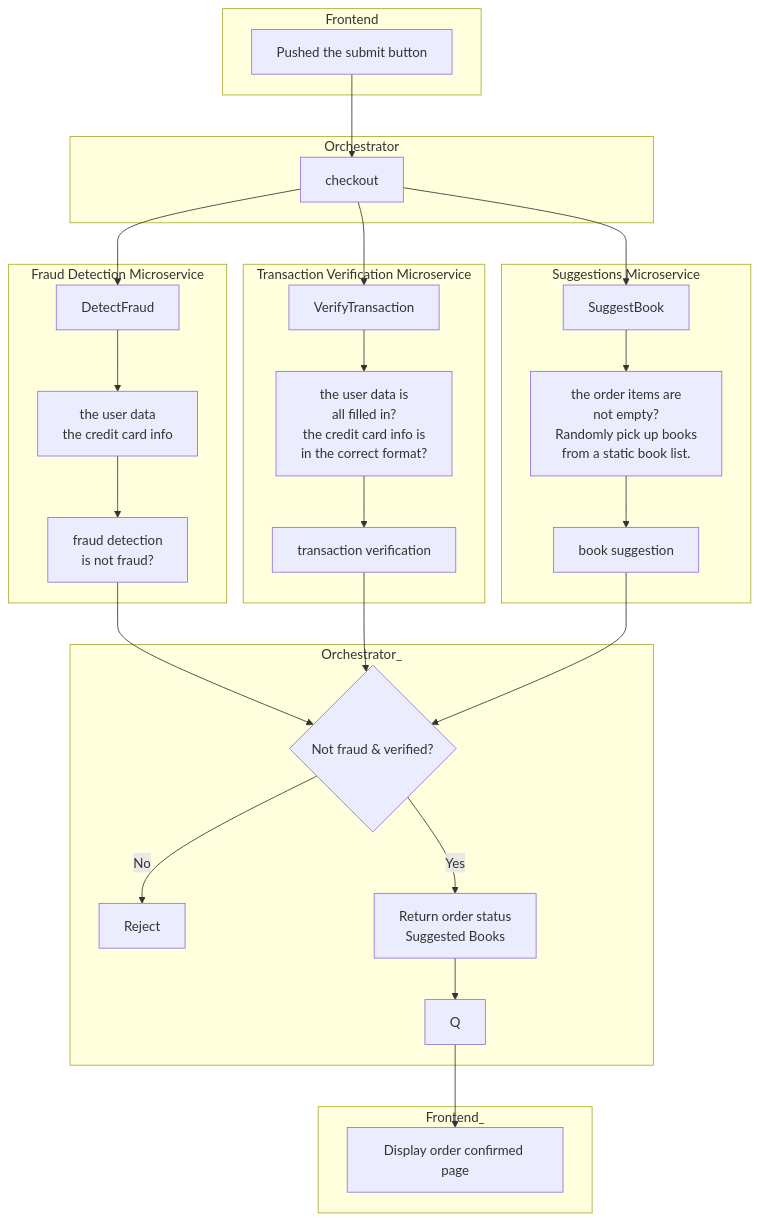
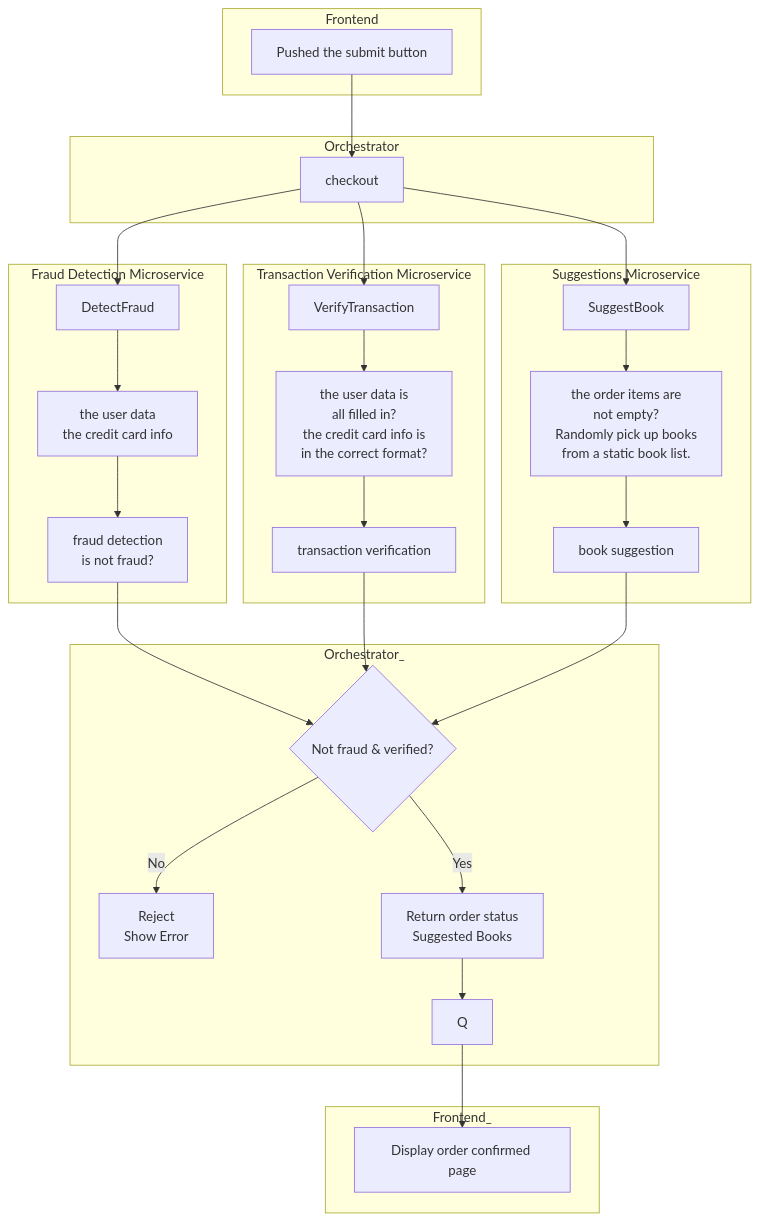
The second of 2 diagrams in README.md (mharisirfan/ds-practice-2025), drawn with Mermaid before and after one commit.

Commit message:
Update rejection message in README diagram

````diff
--- a/README.md
+++ b/README.md
@@ -29,44 +29,44 @@
 ```mermaid
 graph TD
     subgraph Frontend
         B[Pushed the submit button]
     end
 
     subgraph Orchestrator
         B --> C[checkout]
     end
 
     subgraph "Fraud Detection Microservice"
         D[DetectFraud] --> G[the user data<br/>the credit card info]
         G --> J[fraud detection<br/>is not fraud?]
     end
 
     subgraph "Transaction Verification Microservice"
         E[VerifyTransaction] --> H[the user data is<br/>all filled in?<br/>the credit card info is<br/>in the correct format?]
         H --> K[transaction verification]
     end
 
     subgraph "Suggestions Microservice"
         F[SuggestBook] --> I[the order items are<br/>not empty?<br/>Randomly pick up books<br/>from a static book list.]
         I --> L[book suggestion]
     end
 
     C --> D
     C --> E
     C --> F
 
     J --> N
     K --> N
     L --> N
 
     subgraph Orchestrator_
     N{Not fraud & verified?}
-    N -->|No| O[Reject]
+    N -->|No| O[Reject<br/>Show Error]
     N -->|Yes| P[Return order status<br/>Suggested Books]
     P --> Q
     end
 
     subgraph Frontend_
     Q --> R[Display order confirmed page]
     end
 ```
````
